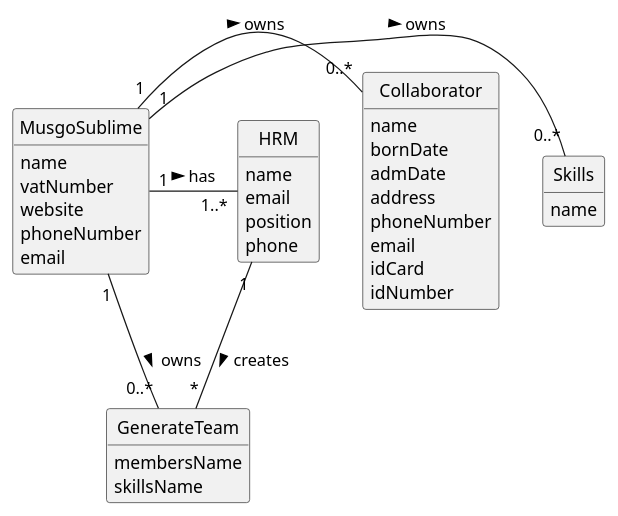
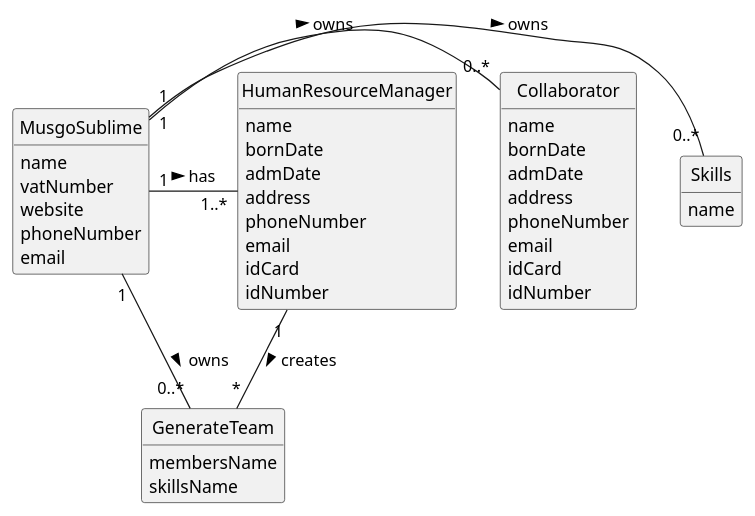
One commit to 1231360-ISEP/lei-24-s2-1db-g021 changed the diagram in docs/sprintA/us005/02.analysis/puml/us005-domain-model.puml. Above: the diagram before and after it, drawn with PlantUML. The commit also changed 1 other file, not shown here.

```diff
--- a/docs/sprintA/us005/02.analysis/puml/us005-domain-model.puml
+++ b/docs/sprintA/us005/02.analysis/puml/us005-domain-model.puml
@@ -1,51 +1,55 @@
 @startuml
 skinparam monochrome true
 skinparam packageStyle rectangle
 skinparam shadowing false
 
 skinparam classAttributeIconSize 0
 
 hide circle
 hide methods
 
 class MusgoSublime {
     name
     vatNumber
     website
     phoneNumber
     email
 }
 
-class HRM {
+class HumanResourceManager {
     name
+    bornDate
+    admDate
+    address
+    phoneNumber
     email
-    position
-    phone
+    idCard
+    idNumber
 }
 
 class Skills {
     name
 }
 
 class Collaborator {
     name
     bornDate
     admDate
     address
     phoneNumber
     email
     idCard
     idNumber
 }
 
 class GenerateTeam {
     membersName
     skillsName
 }
 
 MusgoSublime "1" - "0..*" Skills: owns >
 MusgoSublime "1" - "0..*" Collaborator: owns >
-MusgoSublime "1" - "1..*" HRM : has >
+MusgoSublime "1" - "1..*" HumanResourceManager : has >
 MusgoSublime "1" - "0..*" GenerateTeam: owns >
-HRM "1" -- "*" GenerateTeam : creates >
+HumanResourceManager "1" -- "*" GenerateTeam : creates >
 @enduml
```
